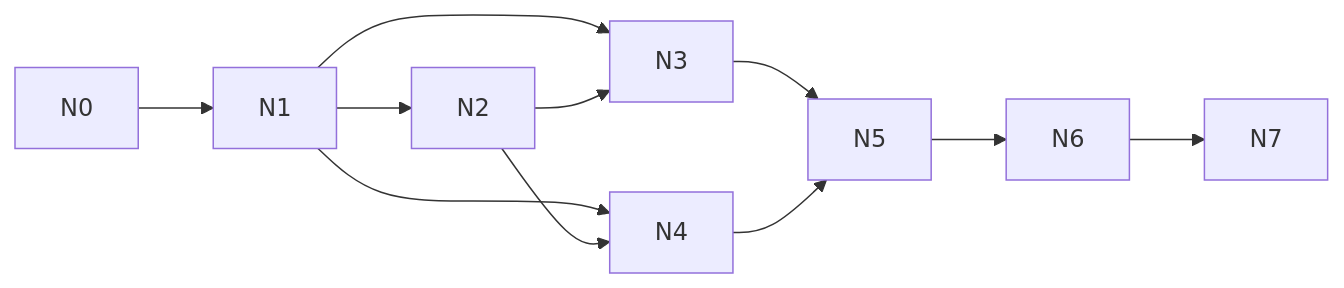
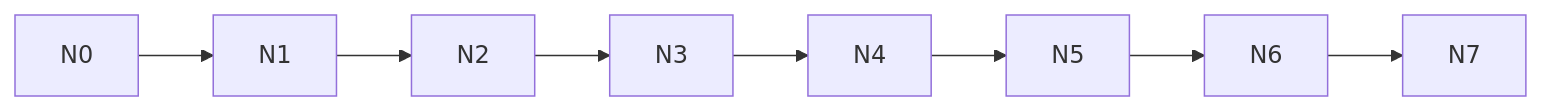
Before and after one commit to AIMFllyYS/code-video-canvas: the diagram in docs/plans/2026-07-24-refactor-blueprint-03-tracks.md, drawn with Mermaid. The commit also changed other lines of this file and 10 other files, not shown here.

````diff
--- a/docs/plans/2026-07-24-refactor-blueprint-03-tracks.md
+++ b/docs/plans/2026-07-24-refactor-blueprint-03-tracks.md
@@ -30,13 +30,10 @@
 ```mermaid
 flowchart LR
   N0 --> N1
   N1 --> N2
-  N1 --> N3
-  N1 --> N4
   N2 --> N3
-  N2 --> N4
-  N3 --> N5
+  N3 --> N4
   N4 --> N5
   N5 --> N6
   N6 --> N7
 ```
````
